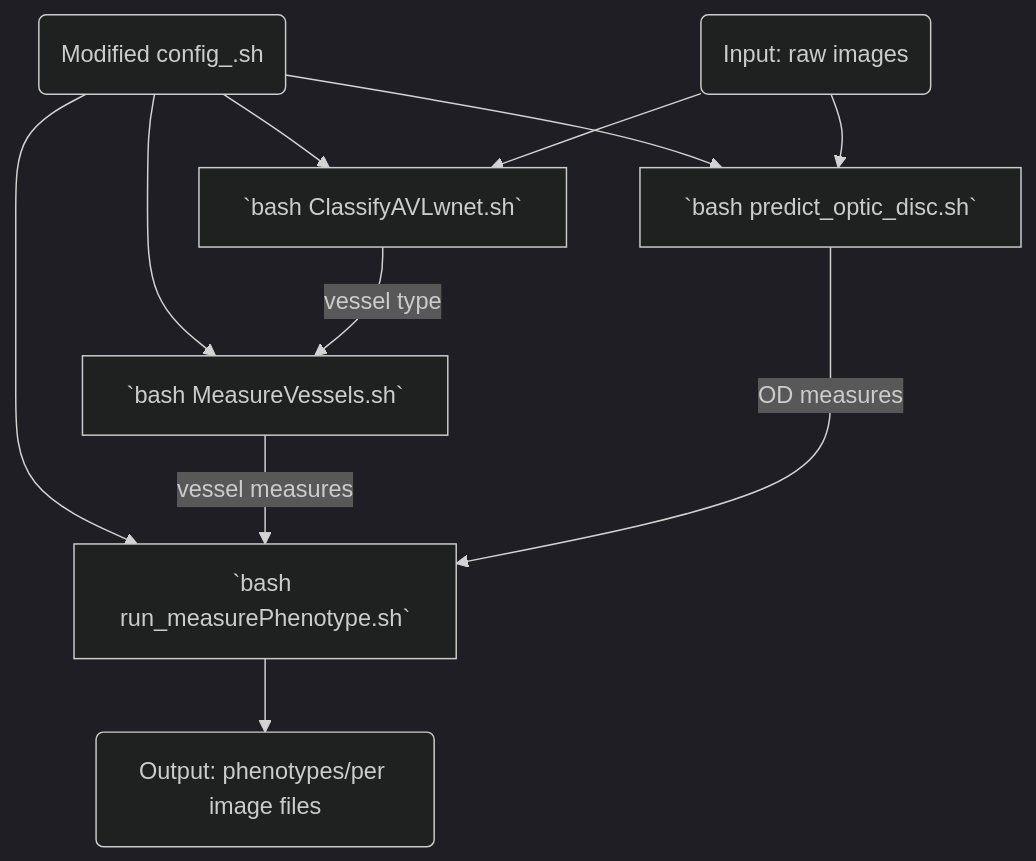
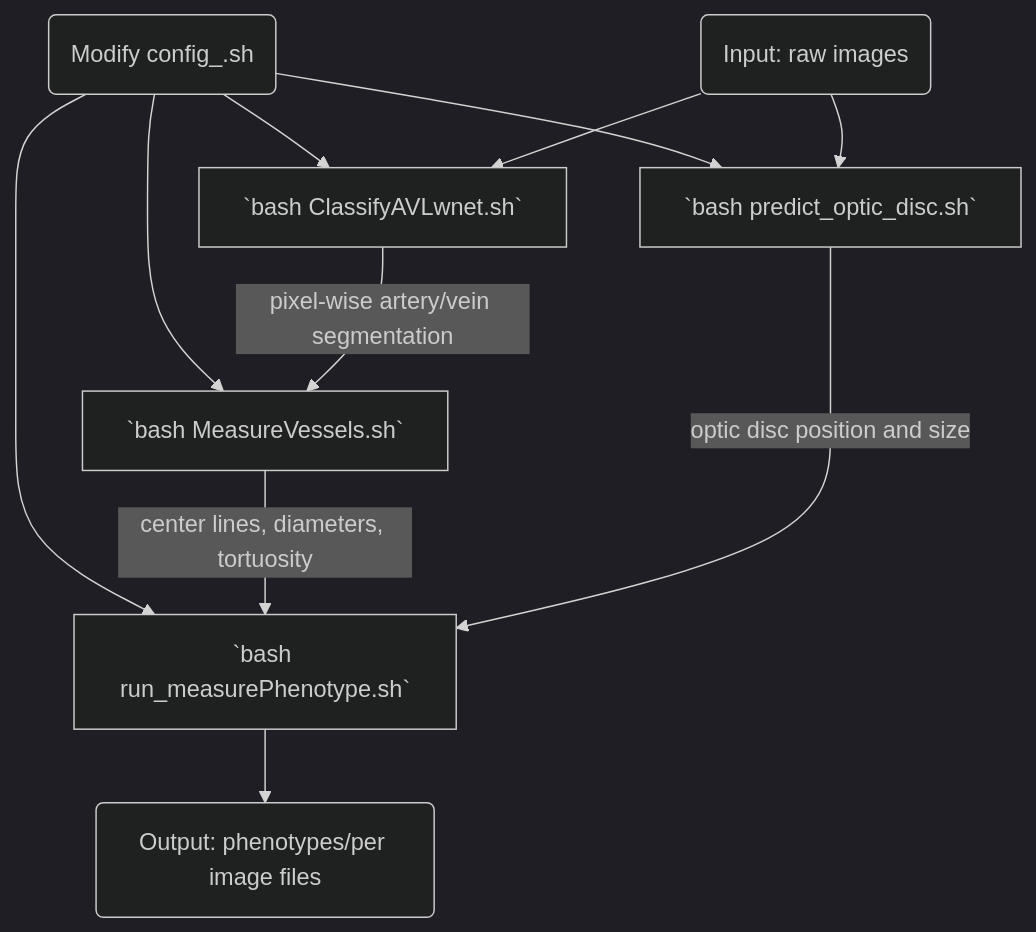
The diagram in README.md (BergmannLab/retina-phenotypes), drawn with Mermaid (dark theme) before and after one commit. The commit also changed other lines of this file, not shown here.

````diff
--- a/README.md
+++ b/README.md
@@ -13,13 +15,13 @@
 ```mermaid
 flowchart TD
-    M(Modified config_.sh) -->A
-    M(Modified config_.sh) -->B
-    M(Modified config_.sh) -->C
-    M(Modified config_.sh) -->D
+    M(Modify config_.sh) -->A
+    M(Modify config_.sh) -->B
+    M(Modify config_.sh) -->C
+    M(Modify config_.sh) -->D
     I(Input: raw images)-->A
-    A[`bash ClassifyAVLwnet.sh`] -- vessel type --> B[`bash MeasureVessels.sh`]
-    B -- vessel measures --> D[`bash run_measurePhenotype.sh`]
+    A[`bash ClassifyAVLwnet.sh`] -- pixel-wise artery/vein segmentation --> B[`bash MeasureVessels.sh`]
+    B -- center lines, diameters, tortuosity --> D[`bash run_measurePhenotype.sh`]
     I(Input: raw images)-->C
-    C[`bash predict_optic_disc.sh`] -- OD measures --> D
+    C[`bash predict_optic_disc.sh`] -- optic disc position and size --> D
     D --> E(Output: phenotypes/per image files)
 ```
````
